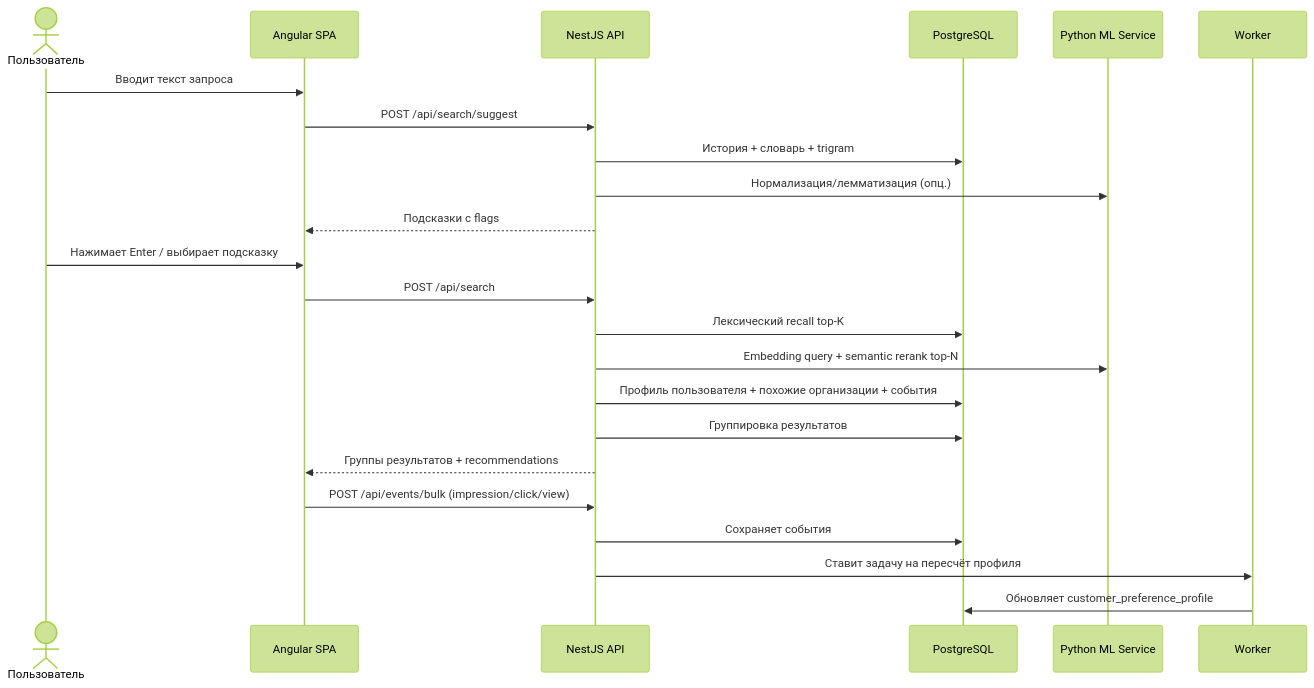
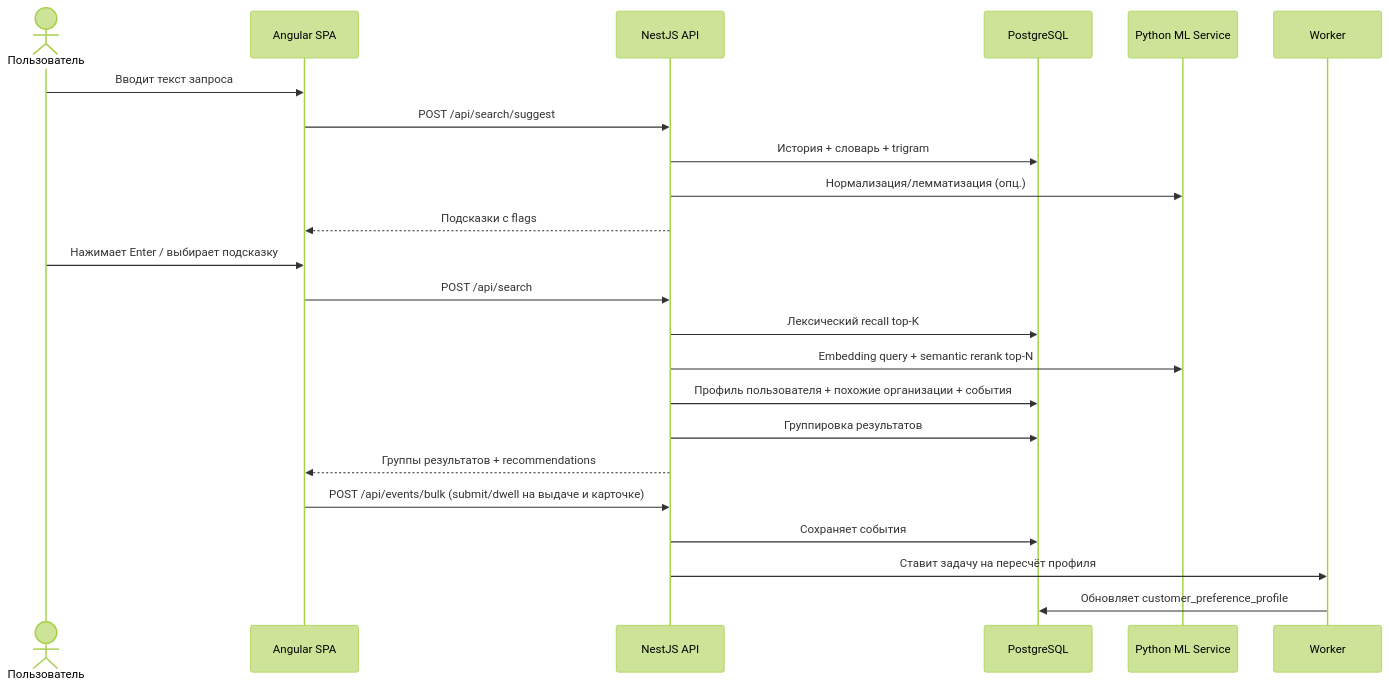
One commit to R1ikKky/intelligent-ai-search changed the third of 6 diagrams in project-spec.md. Above: the diagram before and after it, drawn with Mermaid (forest theme). The commit also changed other lines of this file, not shown here.

````diff
--- a/project-spec.md
+++ b/project-spec.md
@@ -504,27 +504,27 @@
 ```mermaid
 sequenceDiagram
     actor User as Пользователь
     participant FE as Angular SPA
     participant API as NestJS API
     participant DB as PostgreSQL
     participant ML as Python ML Service
     participant W as Worker
 
     User->>FE: Вводит текст запроса
     FE->>API: POST /api/search/suggest
     API->>DB: История + словарь + trigram
     API->>ML: Нормализация/лемматизация (опц.)
     API-->>FE: Подсказки с flags
 
     User->>FE: Нажимает Enter / выбирает подсказку
     FE->>API: POST /api/search
     API->>DB: Лексический recall top-K
     API->>ML: Embedding query + semantic rerank top-N
     API->>DB: Профиль пользователя + похожие организации + события
     API->>DB: Группировка результатов
     API-->>FE: Группы результатов + recommendations
-    FE->>API: POST /api/events/bulk (impression/click/view)
+    FE->>API: POST /api/events/bulk (submit/dwell на выдаче и карточке)
     API->>DB: Сохраняет события
     API->>W: Ставит задачу на пересчёт профиля
     W->>DB: Обновляет customer_preference_profile
 ```
````
